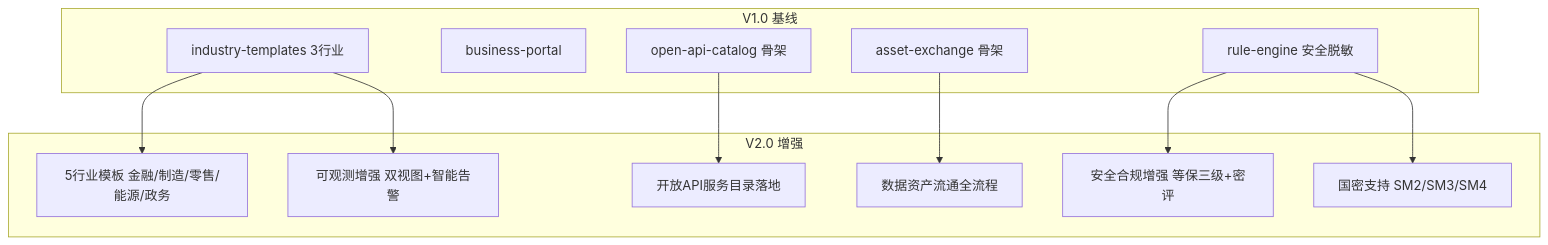
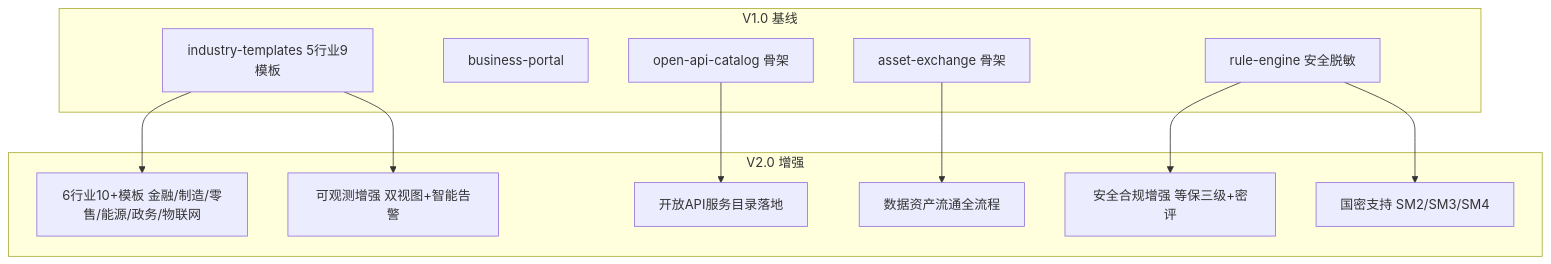
Before and after one commit to Levango7/DataEngineBDP: the first of 26 diagrams in design/v2.0/详细设计/V2.0_行业模板与其他增强详细设计.md, drawn with Mermaid. The commit also changed other lines of this file and 11 other files, not shown here.

````diff
--- a/design/v2.0/详细设计/V2.0_行业模板与其他增强详细设计.md
+++ b/design/v2.0/详细设计/V2.0_行业模板与其他增强详细设计.md
@@ -14,24 +16,24 @@
 ```mermaid
 graph TB
     subgraph V1["V1.0 基线"]
-        V11[industry-templates 3行业]
+        V11[industry-templates 5行业9模板]
         V12[business-portal]
         V13[open-api-catalog 骨架]
         V14[asset-exchange 骨架]
         V15[rule-engine 安全脱敏]
     end
     subgraph V2["V2.0 增强"]
-        V21[5行业模板 金融/制造/零售/能源/政务]
+        V21[6行业10+模板 金融/制造/零售/能源/政务/物联网]
         V22[数据资产流通全流程]
         V23[开放API服务目录落地]
         V24[安全合规增强 等保三级+密评]
         V25[国密支持 SM2/SM3/SM4]
         V26[可观测增强 双视图+智能告警]
     end
     V11 --> V21
     V14 --> V22
     V13 --> V23
     V15 --> V24
     V15 --> V25
     V11 --> V26
 ```
````
